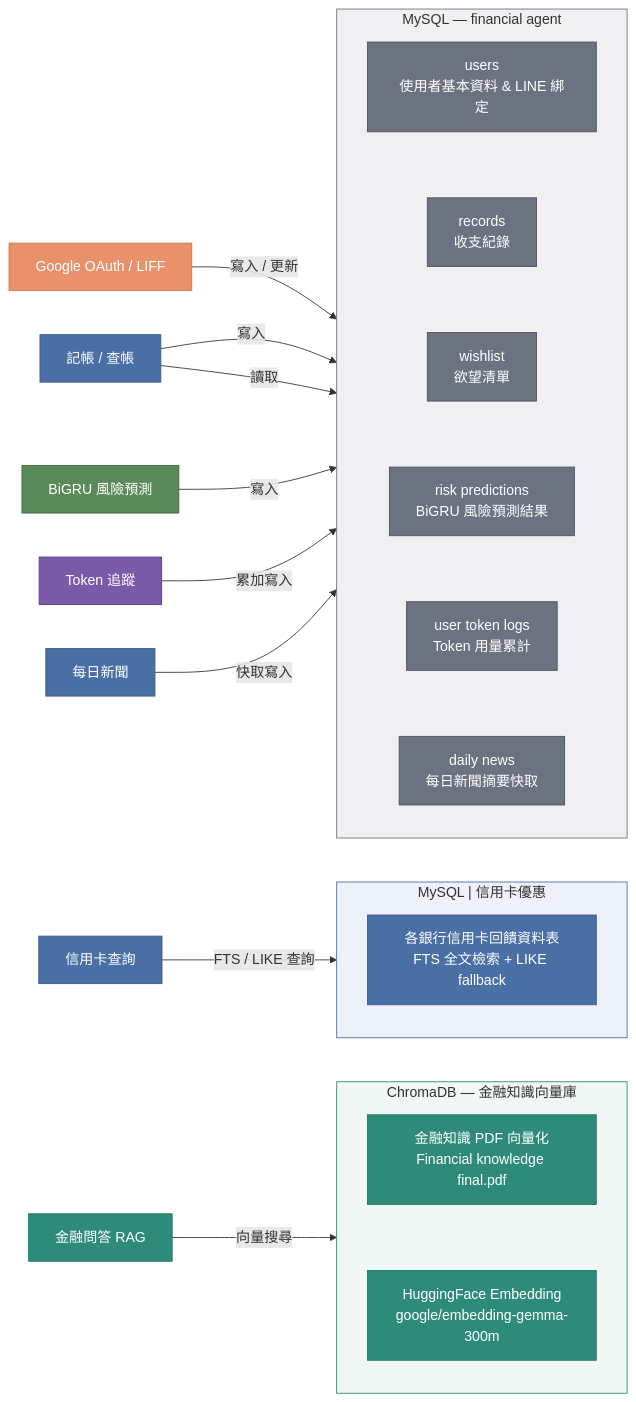
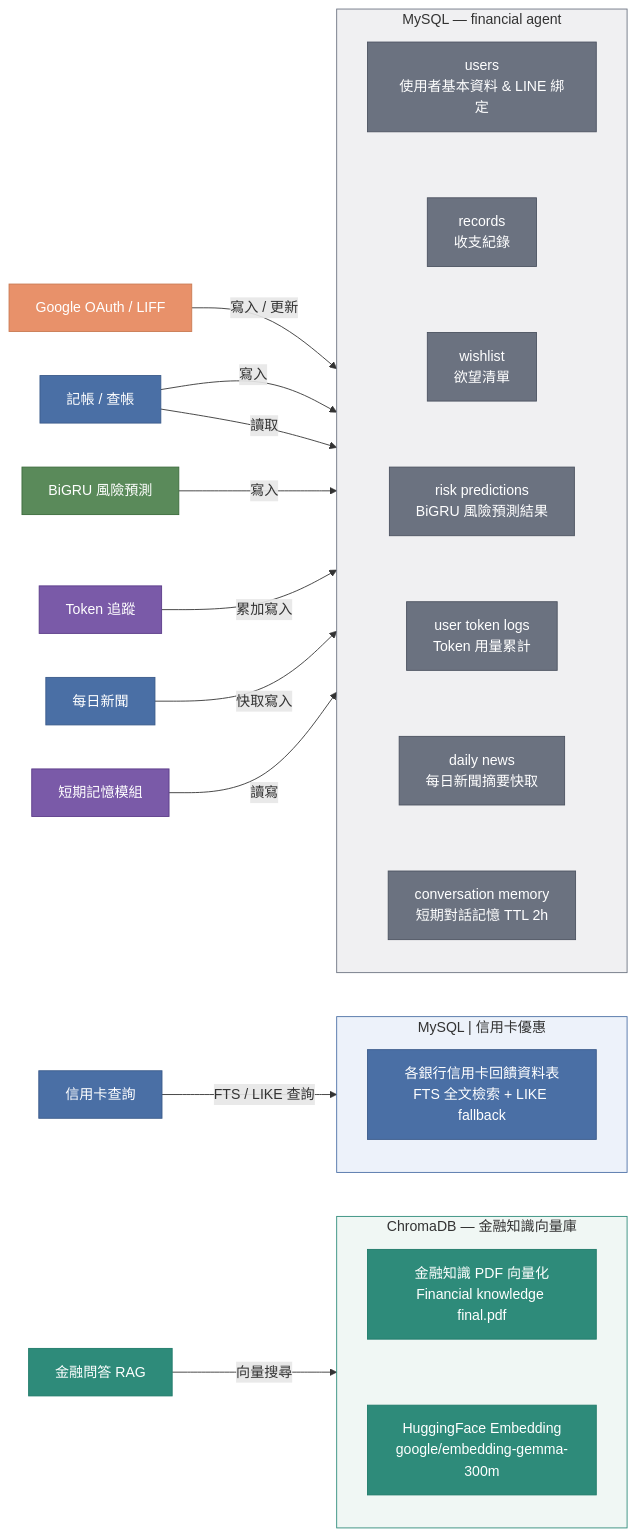
The fourth of 14 diagrams in system_flow_chart.md (lwc-ed/financial-agent), drawn with Mermaid before and after one commit. The commit also changed other lines of this file and 3 other files, not shown here.

````diff
--- a/system_flow_chart.md
+++ b/system_flow_chart.md
@@ -199,54 +200,58 @@
 ```mermaid
 flowchart LR
     subgraph MAIN["MySQL — financial agent"]
         direction TB
         T1[users<br/>使用者基本資料 & LINE 綁定]:::gray
         T2[records<br/>收支紀錄]:::gray
         T3[wishlist<br/>欲望清單]:::gray
         T4[risk predictions<br/>BiGRU 風險預測結果]:::gray
         T5[user token logs<br/>Token 用量累計]:::gray
         T6[daily news<br/>每日新聞摘要快取]:::gray
-        T1 ~~~ T2 ~~~ T3 ~~~ T4 ~~~ T5 ~~~ T6
+        T7[conversation memory<br/>短期對話記憶 TTL 2h]:::gray
+        T1 ~~~ T2 ~~~ T3 ~~~ T4 ~~~ T5 ~~~ T6 ~~~ T7
     end
 
     subgraph CC["MySQL | 信用卡優惠"]
         direction TB
         C1[各銀行信用卡回饋資料表<br/>FTS 全文檢索 + LIKE fallback]:::ccblue
     end
 
     subgraph CHROMA["ChromaDB — 金融知識向量庫"]
         direction TB
         V1[金融知識 PDF 向量化<br/>Financial knowledge final.pdf]:::teal
         V2[HuggingFace Embedding<br/>google/embedding-gemma-300m]:::teal
         V1 ~~~ V2
     end
 
     W1[記帳 / 查帳]:::blue
     W2[BiGRU 風險預測]:::green
     W3[Token 追蹤]:::purple
     W4[信用卡查詢]:::blue
     W5[金融問答 RAG]:::teal
     W6[每日新聞]:::blue
     W7[Google OAuth / LIFF]:::orange
 
+    W8[短期記憶模組]:::purple
+
     W7  -->|寫入 / 更新| T1
     W1  -->|寫入| T2
     W1  -->|讀取| T2
     W2  -->|寫入| T4
     W3  -->|累加寫入| T5
     W6  -->|快取寫入| T6
+    W8  -->|讀寫| T7
     W4  -->|FTS / LIKE 查詢| C1
     W5  -->|向量搜尋| V1
 
     classDef gray   fill:#6B7280,stroke:#4B5260,color:#fff
     classDef ccblue fill:#4A6FA5,stroke:#3A5A8A,color:#fff
     classDef teal   fill:#2E8B7A,stroke:#1E7A69,color:#fff
     classDef blue   fill:#4A6FA5,stroke:#3A5A8A,color:#fff
     classDef green  fill:#5A8A5A,stroke:#3A6A3A,color:#fff
     classDef purple fill:#7A5AA8,stroke:#5A3A88,color:#fff
     classDef orange fill:#E8916A,stroke:#C97A52,color:#fff
 
     style MAIN   fill:#F0F0F2,stroke:#6B7280,color:#333
     style CC     fill:#EDF2FA,stroke:#4A6FA5,color:#333
     style CHROMA fill:#F0F7F4,stroke:#2E8B7A,color:#333
 ```
````
